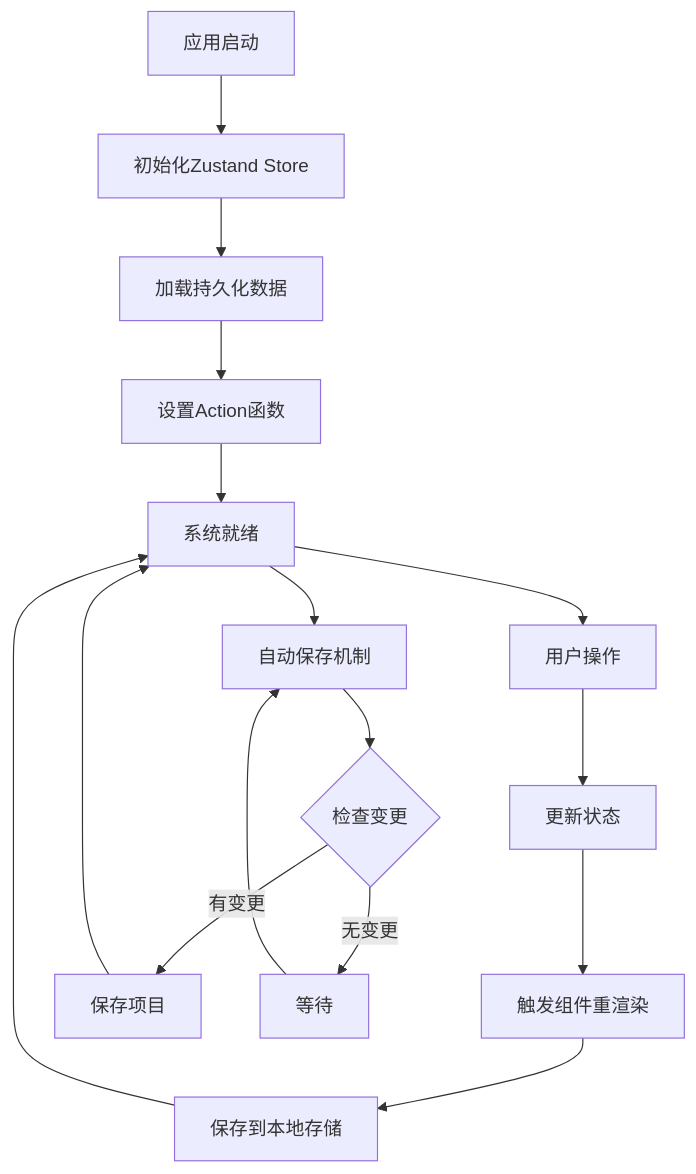
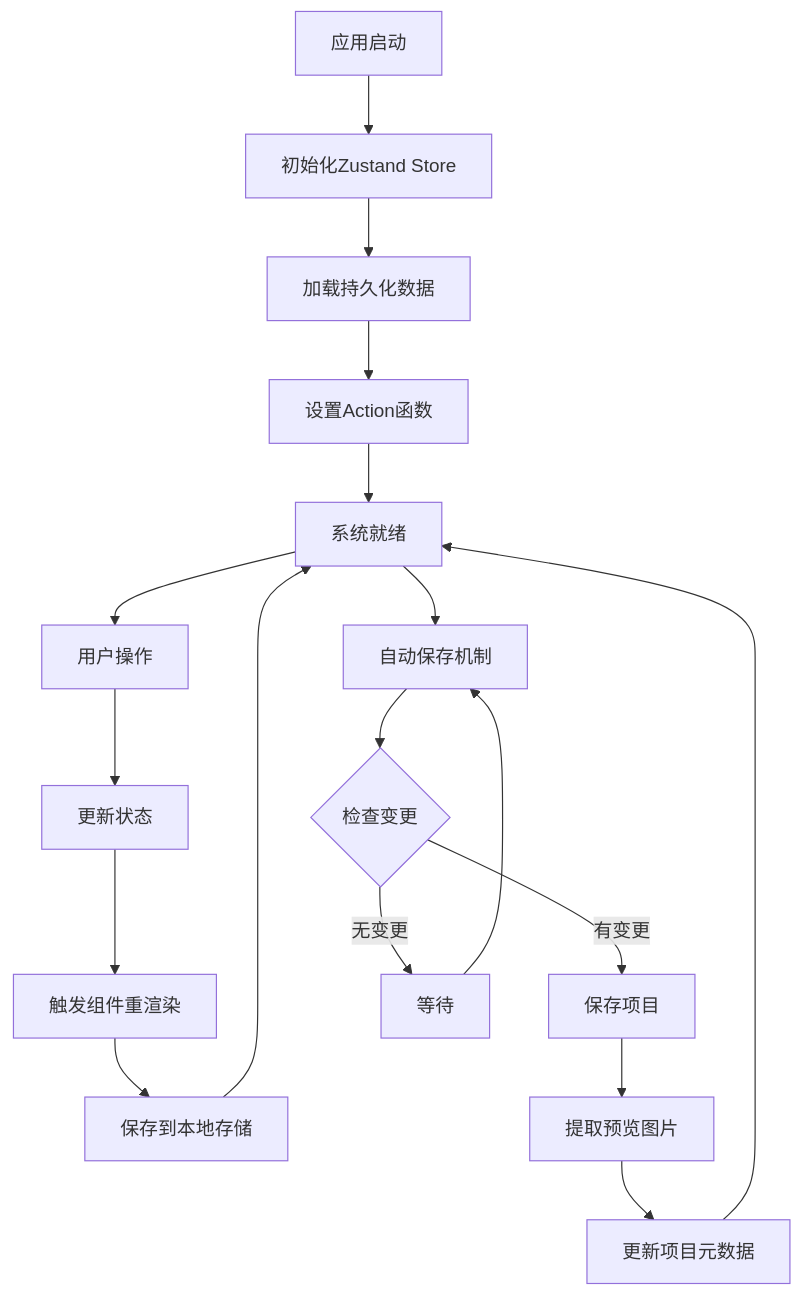
Before and after one commit to billye220670/BananaFlow2: the third of 15 diagrams in .qoder/repowiki/zh/content/API 集成/项目管理API系统.md, drawn with Mermaid. The commit also changed other lines of this file and 17 other files, not shown here.

First line of the commit message:
refactor: shimmer单元素架构重构，统一图片URL为Supabase单一来源

````diff
--- a/.qoder/repowiki/zh/content/API 集成/项目管理API系统.md
+++ b/.qoder/repowiki/zh/content/API 集成/项目管理API系统.md
@@ -158,18 +168,20 @@
 ```mermaid
 flowchart TD
 START[应用启动] --> INIT_STORE[初始化Zustand Store]
 INIT_STORE --> LOAD_PERSISTED[加载持久化数据]
 LOAD_PERSISTED --> SETUP_ACTIONS[设置Action函数]
 SETUP_ACTIONS --> READY[系统就绪]
 READY --> USER_ACTION[用户操作]
 USER_ACTION --> UPDATE_STATE[更新状态]
 UPDATE_STATE --> TRIGGER_RENDER[触发组件重渲染]
 TRIGGER_RENDER --> SAVE_PERSIST[保存到本地存储]
 SAVE_PERSIST --> READY
 READY --> AUTO_SAVE[自动保存机制]
 AUTO_SAVE --> CHECK_CHANGES{检查变更}
 CHECK_CHANGES --> |有变更| SAVE_PROJECT[保存项目]
 CHECK_CHANGES --> |无变更| WAIT[等待]
-SAVE_PROJECT --> READY
+SAVE_PROJECT --> EXTRACT_PREVIEW[提取预览图片]
+EXTRACT_PREVIEW --> UPDATE_PROJECT[更新项目元数据]
+UPDATE_PROJECT --> READY
 WAIT --> AUTO_SAVE
 ```
````
